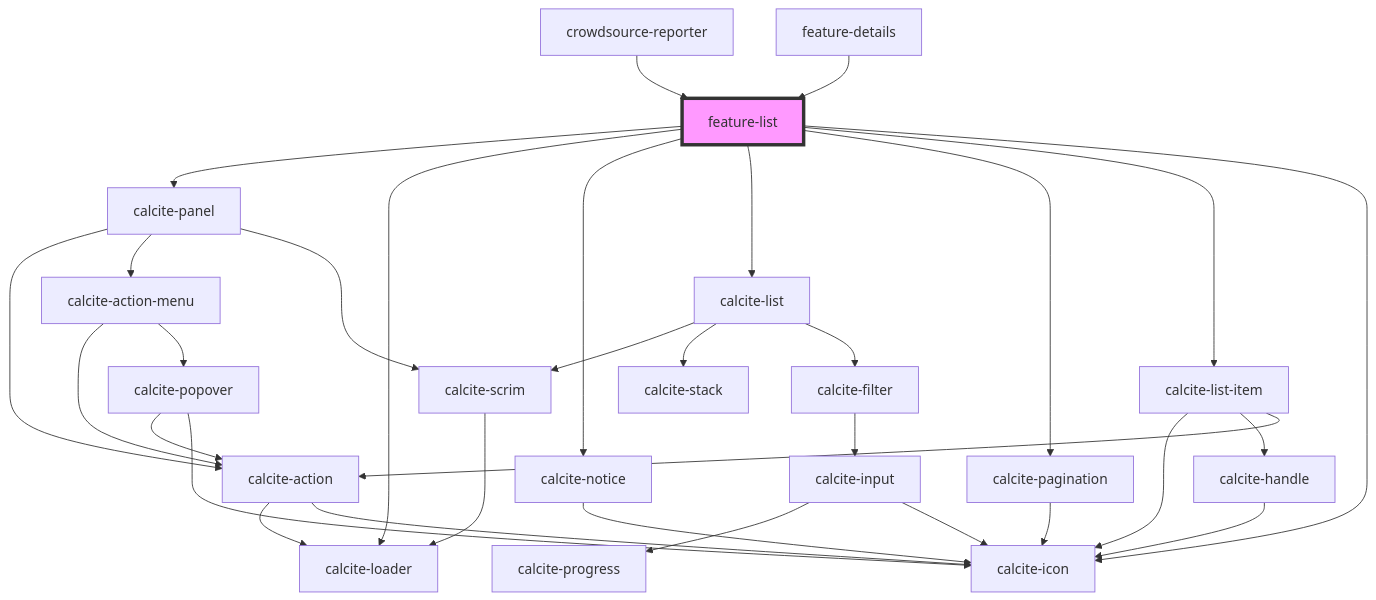
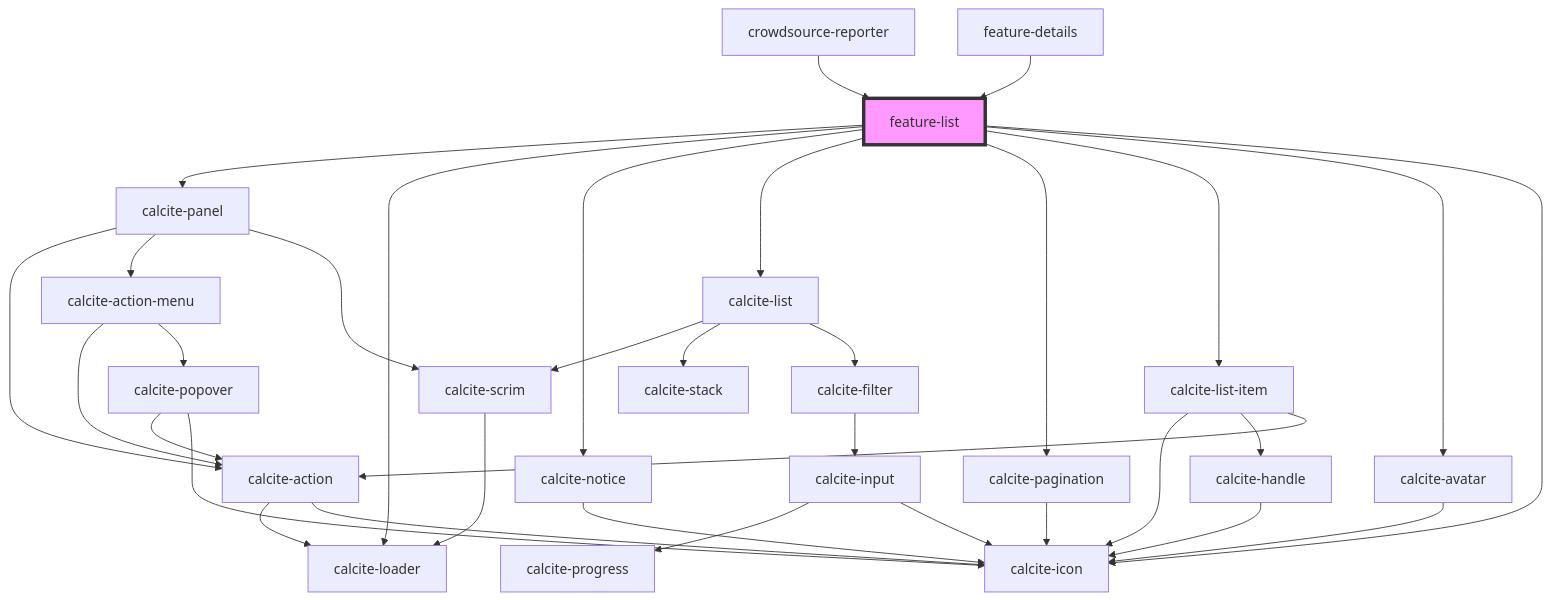
Before and after one commit to Esri/solutions-components: the diagram in src/components/feature-list/readme.md, drawn with Mermaid. The commit also changed other lines of this file and 6 other files, not shown here.

````diff
--- a/src/components/feature-list/readme.md
+++ b/src/components/feature-list/readme.md
@@ -63,35 +65,37 @@
 ```mermaid
 graph TD;
   feature-list --> calcite-panel
   feature-list --> calcite-loader
   feature-list --> calcite-notice
   feature-list --> calcite-list
   feature-list --> calcite-pagination
   feature-list --> calcite-list-item
+  feature-list --> calcite-avatar
   feature-list --> calcite-icon
   calcite-panel --> calcite-action
   calcite-panel --> calcite-action-menu
   calcite-panel --> calcite-scrim
   calcite-action --> calcite-loader
   calcite-action --> calcite-icon
   calcite-action-menu --> calcite-action
   calcite-action-menu --> calcite-popover
   calcite-popover --> calcite-action
   calcite-popover --> calcite-icon
   calcite-scrim --> calcite-loader
   calcite-notice --> calcite-icon
   calcite-list --> calcite-scrim
   calcite-list --> calcite-stack
   calcite-list --> calcite-filter
   calcite-filter --> calcite-input
   calcite-input --> calcite-progress
   calcite-input --> calcite-icon
   calcite-pagination --> calcite-icon
   calcite-list-item --> calcite-icon
   calcite-list-item --> calcite-handle
   calcite-list-item --> calcite-action
   calcite-handle --> calcite-icon
+  calcite-avatar --> calcite-icon
   crowdsource-reporter --> feature-list
   feature-details --> feature-list
   style feature-list fill:#f9f,stroke:#333,stroke-width:4px
 ```
````
